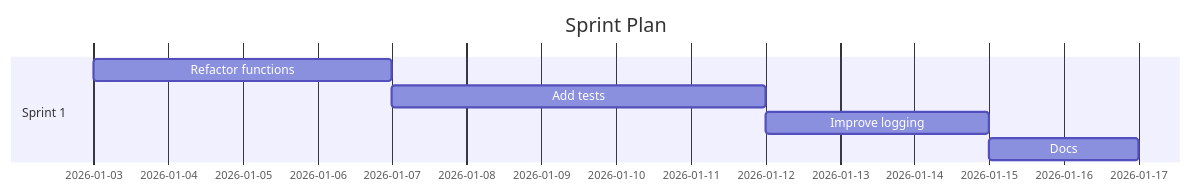
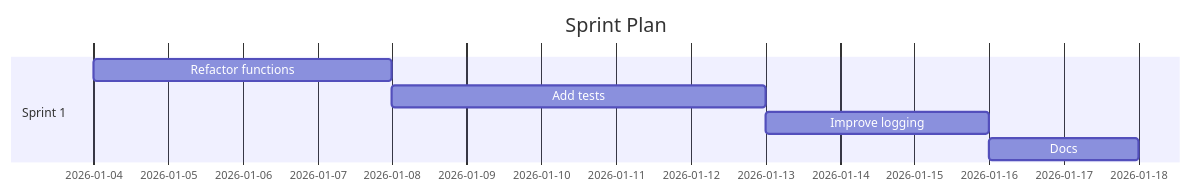
Before and after one commit to Anselmoo/mcp-ai-agent-guidelines: the diagram in demos/demo-code-analysis.sprint.md, drawn with Mermaid. The commit also changed other lines of this file and 21 other files, not shown here.

````diff
--- a/demos/demo-code-analysis.sprint.md
+++ b/demos/demo-code-analysis.sprint.md
@@ -59,11 +59,11 @@
 ```mermaid
 gantt
 	dateFormat  YYYY-MM-DD
 	title Sprint Plan
 %% Accessibility: Title=Project Sprint Plan; Description=Gantt chart of sprints and tasks over time. %%
   section Sprint 1
-  Refactor functions :s1t0, 2026-01-03, 4d
-  Add tests :s1t1, 2026-01-07, 5d
-  Improve logging :s1t2, 2026-01-12, 3d
-  Docs :s1t3, 2026-01-15, 2d
+  Refactor functions :s1t0, 2026-01-04, 4d
+  Add tests :s1t1, 2026-01-08, 5d
+  Improve logging :s1t2, 2026-01-13, 3d
+  Docs :s1t3, 2026-01-16, 2d
 ```
````
